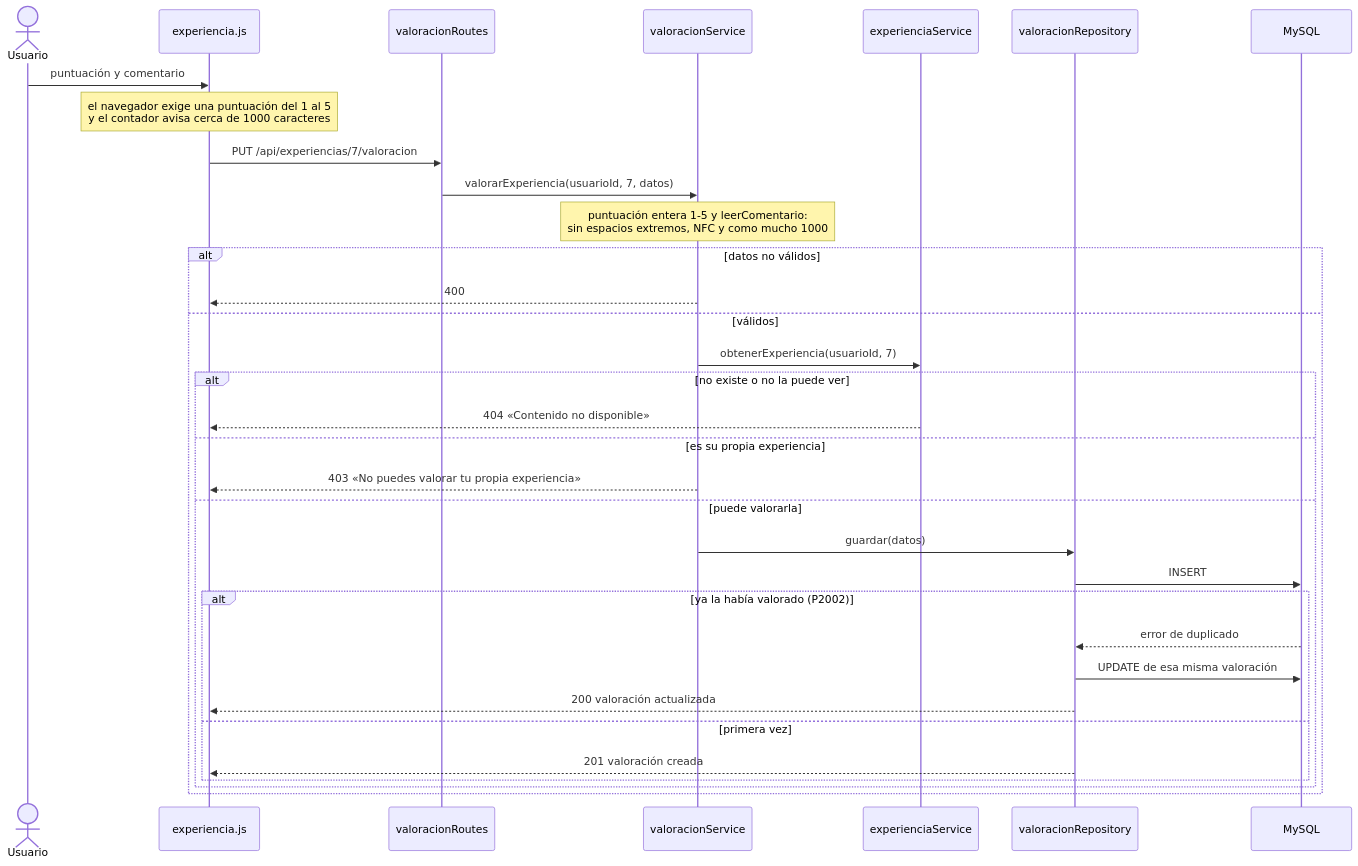
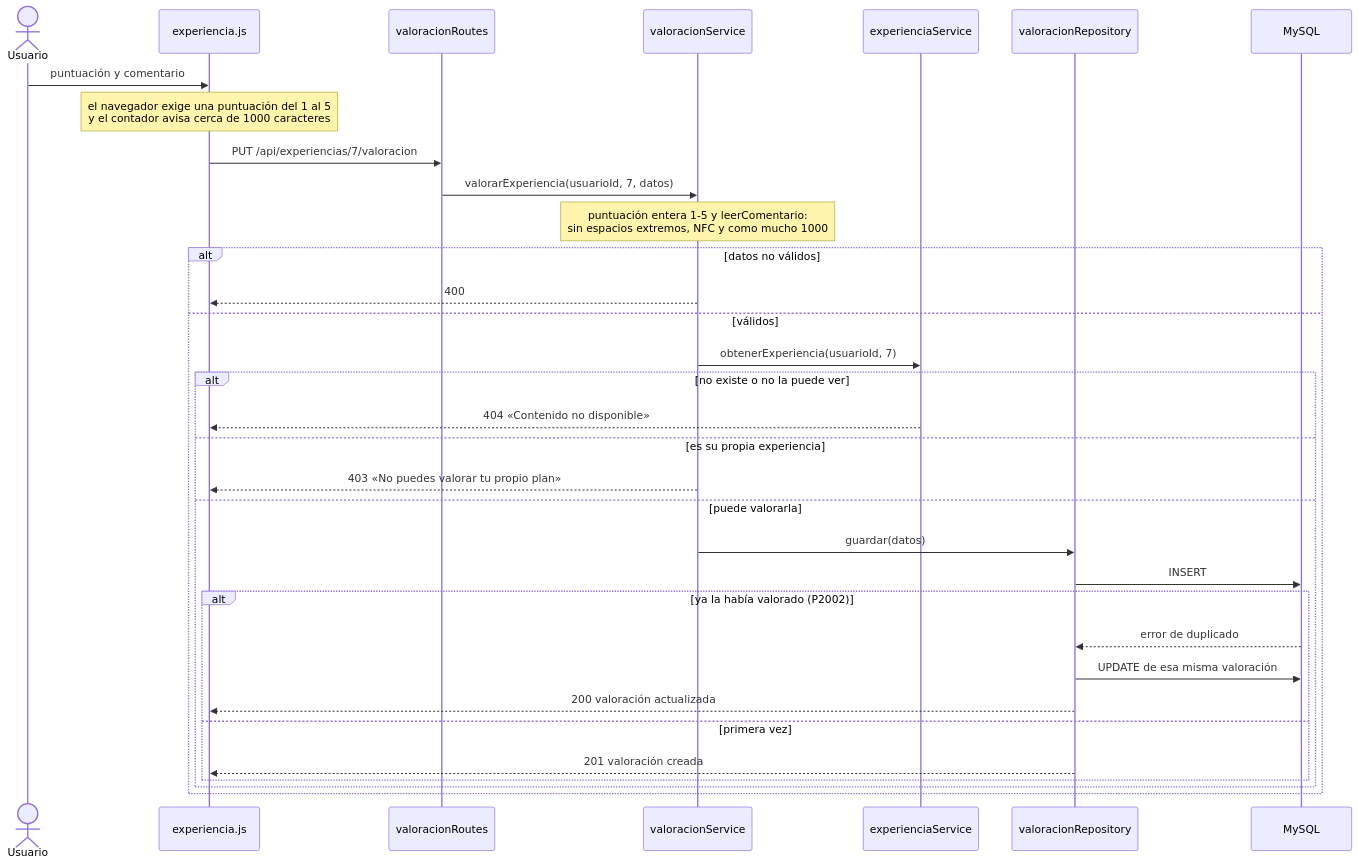
The sixth of 16 diagrams in documentacion/flujos.md (Matthew-PV/ISW-Practica), drawn with Mermaid before and after one commit. The commit also changed other lines of this file and 27 other files, not shown here.

````diff
--- a/documentacion/flujos.md
+++ b/documentacion/flujos.md
@@ -243,35 +243,35 @@
 ```mermaid
 sequenceDiagram
   actor U as Usuario
   participant P as experiencia.js
   participant R as valoracionRoutes
   participant S as valoracionService
   participant ES as experienciaService
   participant VR as valoracionRepository
   participant BD as MySQL
   U->>P: puntuación y comentario
   Note over P: el navegador exige una puntuación del 1 al 5<br/>y el contador avisa cerca de 1000 caracteres
   P->>R: PUT /api/experiencias/7/valoracion
   R->>S: valorarExperiencia(usuarioId, 7, datos)
   Note over S: puntuación entera 1-5 y leerComentario:<br/>sin espacios extremos, NFC y como mucho 1000
   alt datos no válidos
     S-->>P: 400
   else válidos
     S->>ES: obtenerExperiencia(usuarioId, 7)
     alt no existe o no la puede ver
       ES-->>P: 404 «Contenido no disponible»
     else es su propia experiencia
-      S-->>P: 403 «No puedes valorar tu propia experiencia»
+      S-->>P: 403 «No puedes valorar tu propio plan»
     else puede valorarla
       S->>VR: guardar(datos)
       VR->>BD: INSERT
       alt ya la había valorado (P2002)
         BD-->>VR: error de duplicado
         VR->>BD: UPDATE de esa misma valoración
         VR-->>P: 200 valoración actualizada
       else primera vez
         VR-->>P: 201 valoración creada
       end
     end
   end
 ```
````
